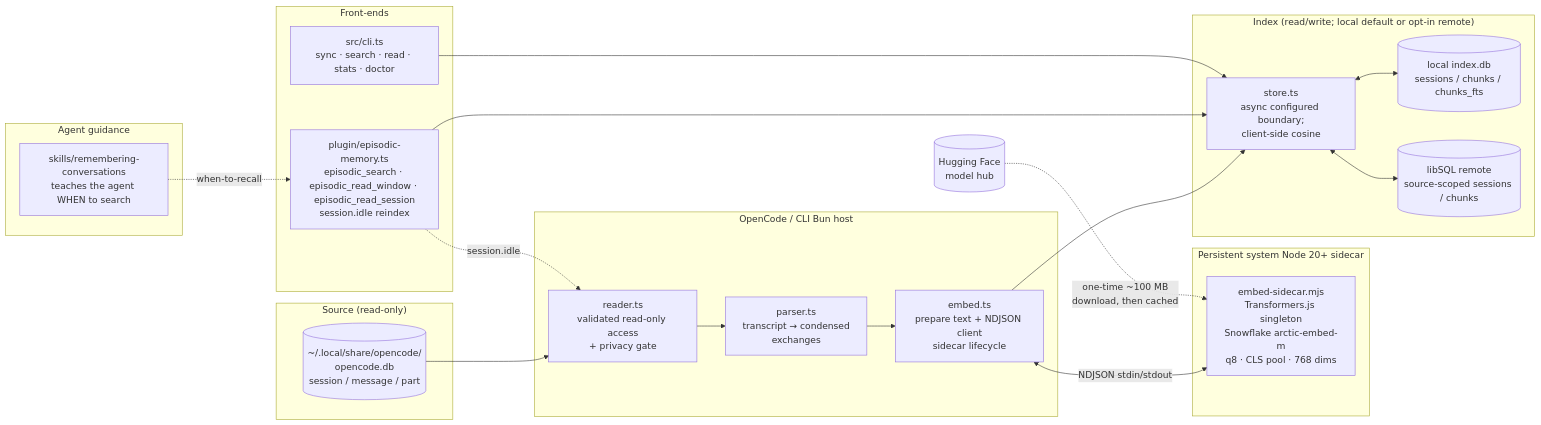
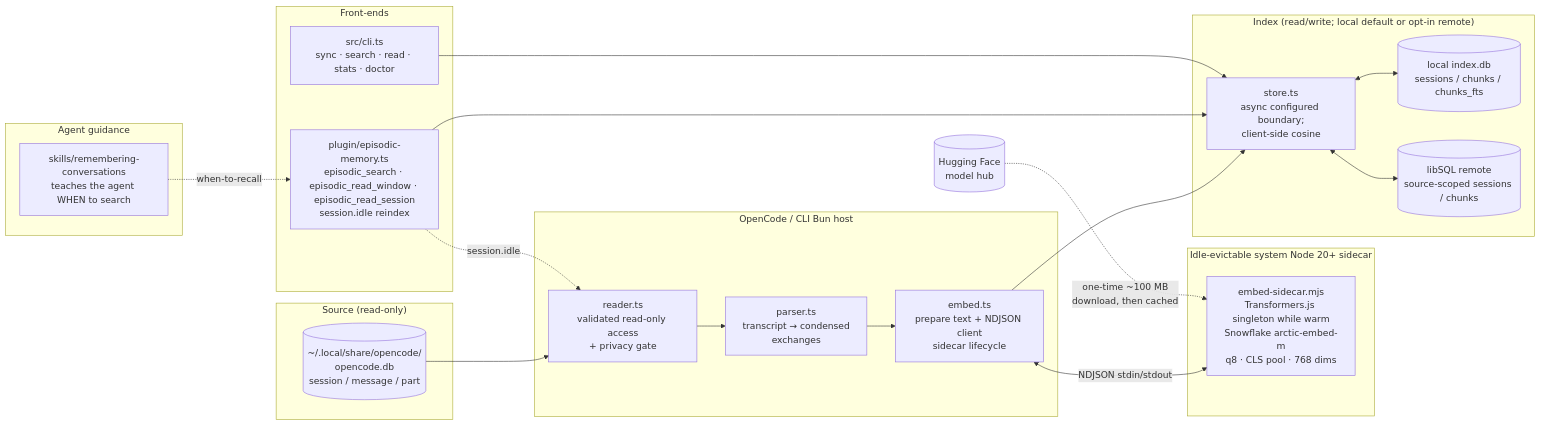
The first of 3 diagrams in ARCHITECTURE.md (robertn702/opencode-episodic-memory), drawn with Mermaid before and after one commit. The commit also changed other lines of this file and 4 other files, not shown here.

````diff
--- a/ARCHITECTURE.md
+++ b/ARCHITECTURE.md
@@ -19,43 +19,43 @@
 ```mermaid
 flowchart LR
     subgraph Source["Source (read-only)"]
         OCDB[("~/.local/share/opencode/<br/>opencode.db<br/>session / message / part")]
     end
 
     subgraph BunHost["OpenCode / CLI Bun host"]
         R[reader.ts<br/>validated read-only access<br/>+ privacy gate]
         P[parser.ts<br/>transcript → condensed<br/>exchanges]
         E[embed.ts<br/>prepare text + NDJSON client<br/>sidecar lifecycle]
     end
 
-    subgraph NodeSidecar["Persistent system Node 20+ sidecar"]
-        ES[embed-sidecar.mjs<br/>Transformers.js singleton<br/>Snowflake arctic-embed-m<br/>q8 · CLS pool · 768 dims]
+    subgraph NodeSidecar["Idle-evictable system Node 20+ sidecar"]
+        ES[embed-sidecar.mjs<br/>Transformers.js singleton while warm<br/>Snowflake arctic-embed-m<br/>q8 · CLS pool · 768 dims]
     end
 
     subgraph Index["Index (read/write; local default or opt-in remote)"]
         IDB[("local index.db<br/>sessions / chunks / chunks_fts")]
         RDB[("libSQL remote<br/>source-scoped sessions / chunks")]
         S[store.ts<br/>async configured boundary;<br/>client-side cosine]
     end
 
     subgraph Frontends["Front-ends"]
         PLG[plugin/episodic-memory.ts<br/>episodic_search · episodic_read_window · episodic_read_session<br/>session.idle reindex]
         CLI[src/cli.ts<br/>sync · search · read · stats · doctor]
     end
 
     subgraph Skill["Agent guidance"]
         SK[skills/remembering-conversations<br/>teaches the agent WHEN to search]
     end
 
     OCDB --> R --> P --> E
     E <-->|NDJSON stdin/stdout| ES
     E --> S
     S <--> IDB
     S <--> RDB
     PLG --> S
     CLI --> S
     PLG -.->|session.idle| R
     SK -.when-to-recall.-> PLG
 
     HF[(Hugging Face<br/>model hub)] -.one-time ~100 MB<br/>download, then cached.-> ES
 ```
````
